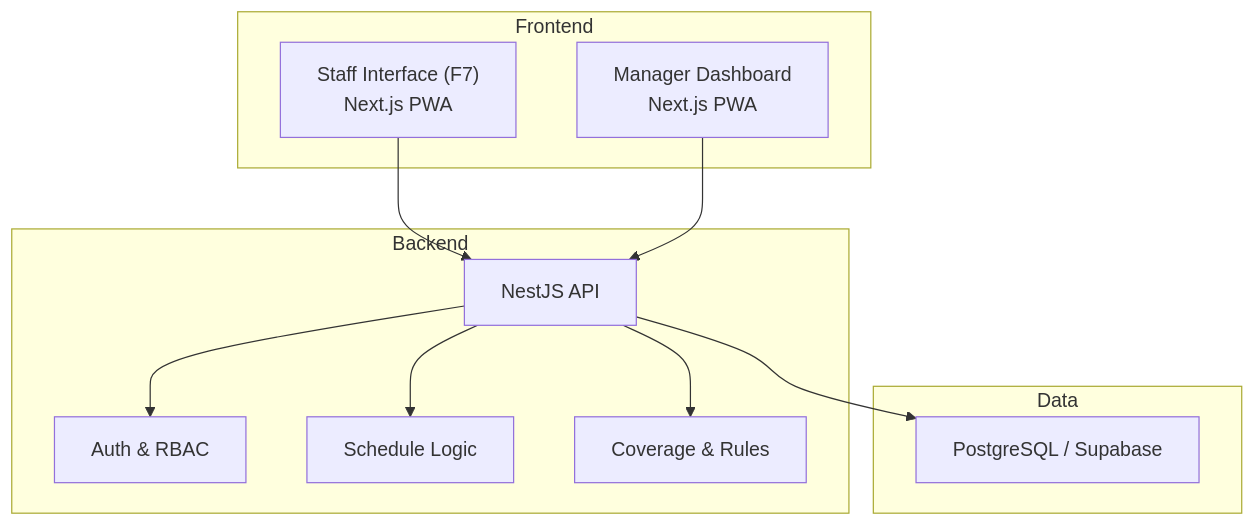
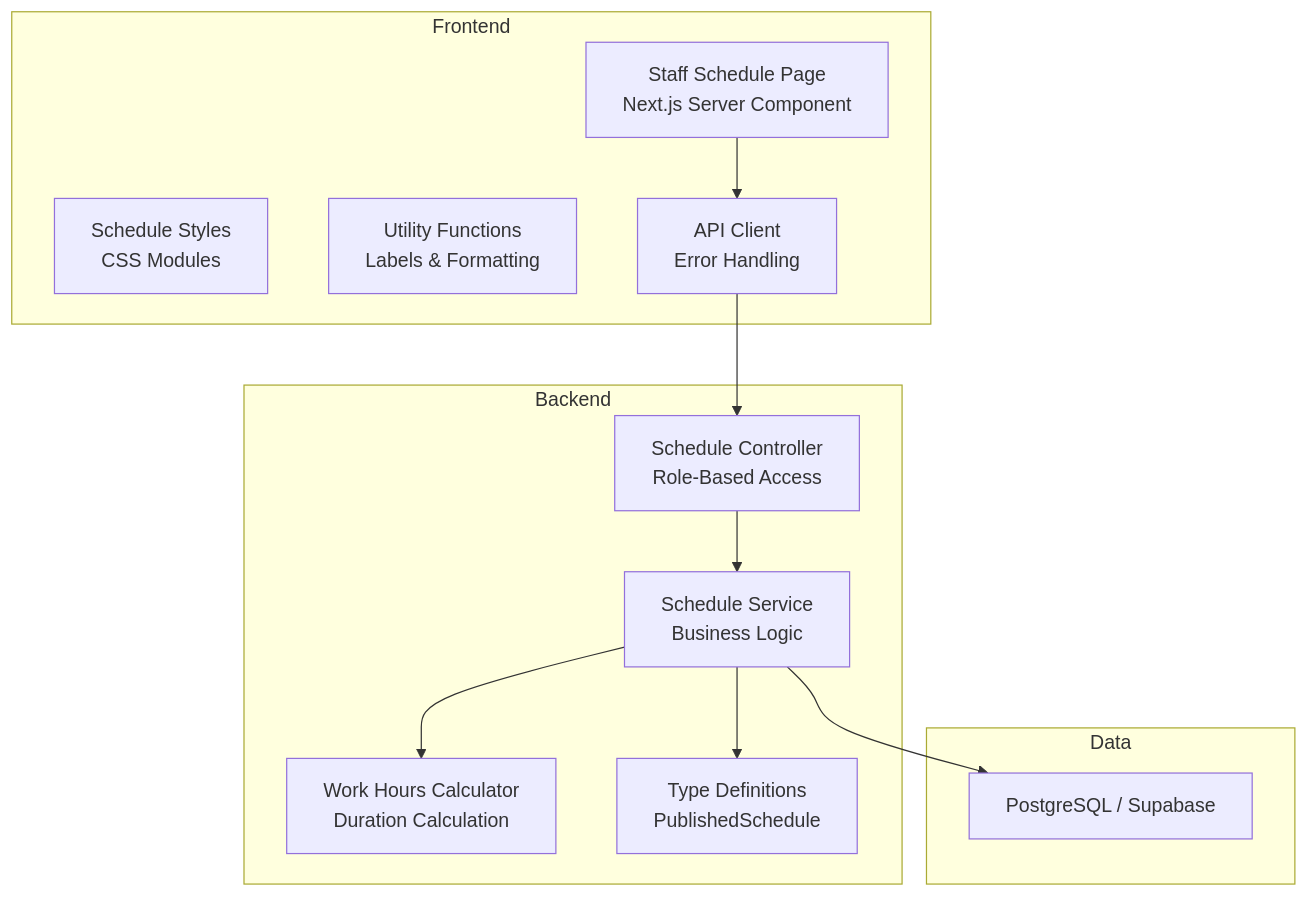
One commit to epo33m/scheduling changed the first of 6 diagrams in .qoder/repowiki/en/content/Product Requirements Document/Functional Specifications/Staff Interface Module (F7).md. Above: the diagram before and after it, drawn with Mermaid. The commit also changed other lines of this file and 77 other files, not shown here.

````diff
--- a/.qoder/repowiki/en/content/Product Requirements Document/Functional Specifications/Staff Interface Module (F7).md
+++ b/.qoder/repowiki/en/content/Product Requirements Document/Functional Specifications/Staff Interface Module (F7).md
@@ -37,22 +48,24 @@
 ```mermaid
 graph TB
 subgraph "Frontend"
-F7["Staff Interface (F7)<br/>Next.js PWA"]
-ManagerUI["Manager Dashboard<br/>Next.js PWA"]
+F7["Staff Schedule Page<br/>Next.js Server Component"]
+Styles["Schedule Styles<br/>CSS Modules"]
+Utils["Utility Functions<br/>Labels & Formatting"]
+API["API Client<br/>Error Handling"]
 end
 subgraph "Backend"
-API["NestJS API"]
-Auth["Auth & RBAC"]
-Schedule["Schedule Logic"]
-Validation["Coverage & Rules"]
+Controller["Schedule Controller<br/>Role-Based Access"]
+Service["Schedule Service<br/>Business Logic"]
+WorkHours["Work Hours Calculator<br/>Duration Calculation"]
+Types["Type Definitions<br/>PublishedSchedule"]
 end
 subgraph "Data"
 DB["PostgreSQL / Supabase"]
 end
 F7 --> API
-ManagerUI --> API
-API --> Auth
-API --> Schedule
-API --> Validation
-API --> DB
+API --> Controller
+Controller --> Service
+Service --> WorkHours
+Service --> Types
+Service --> DB
 ```
````
